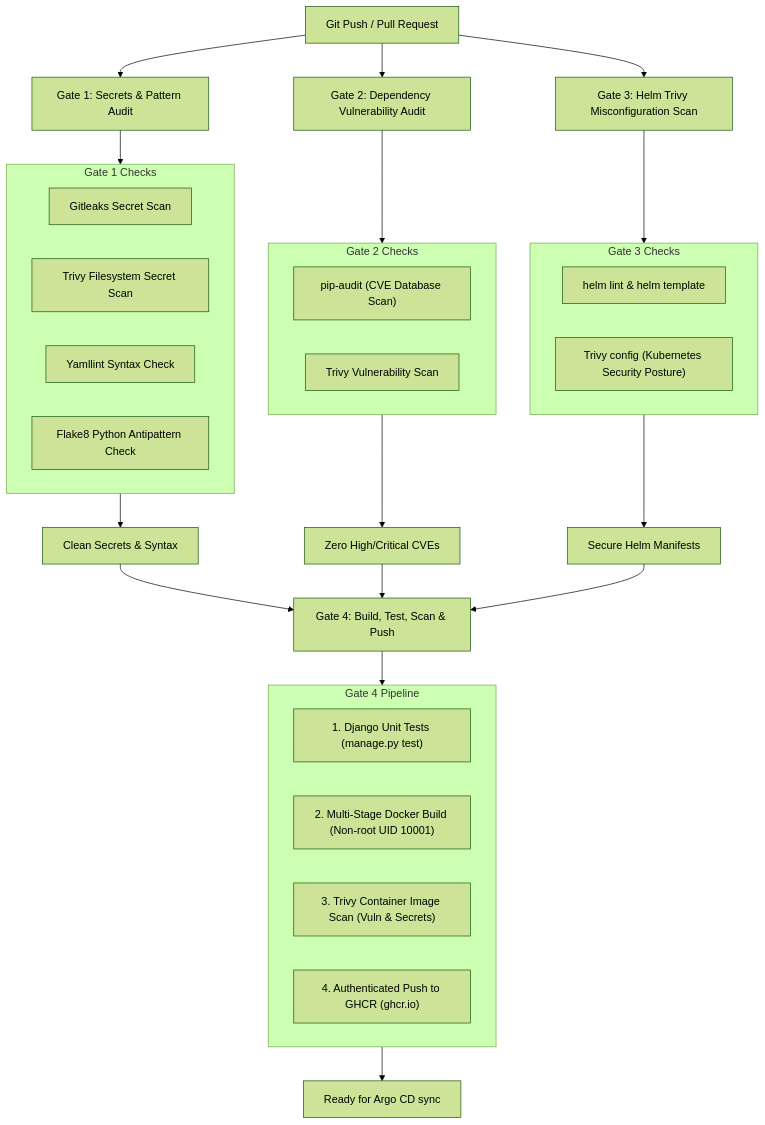
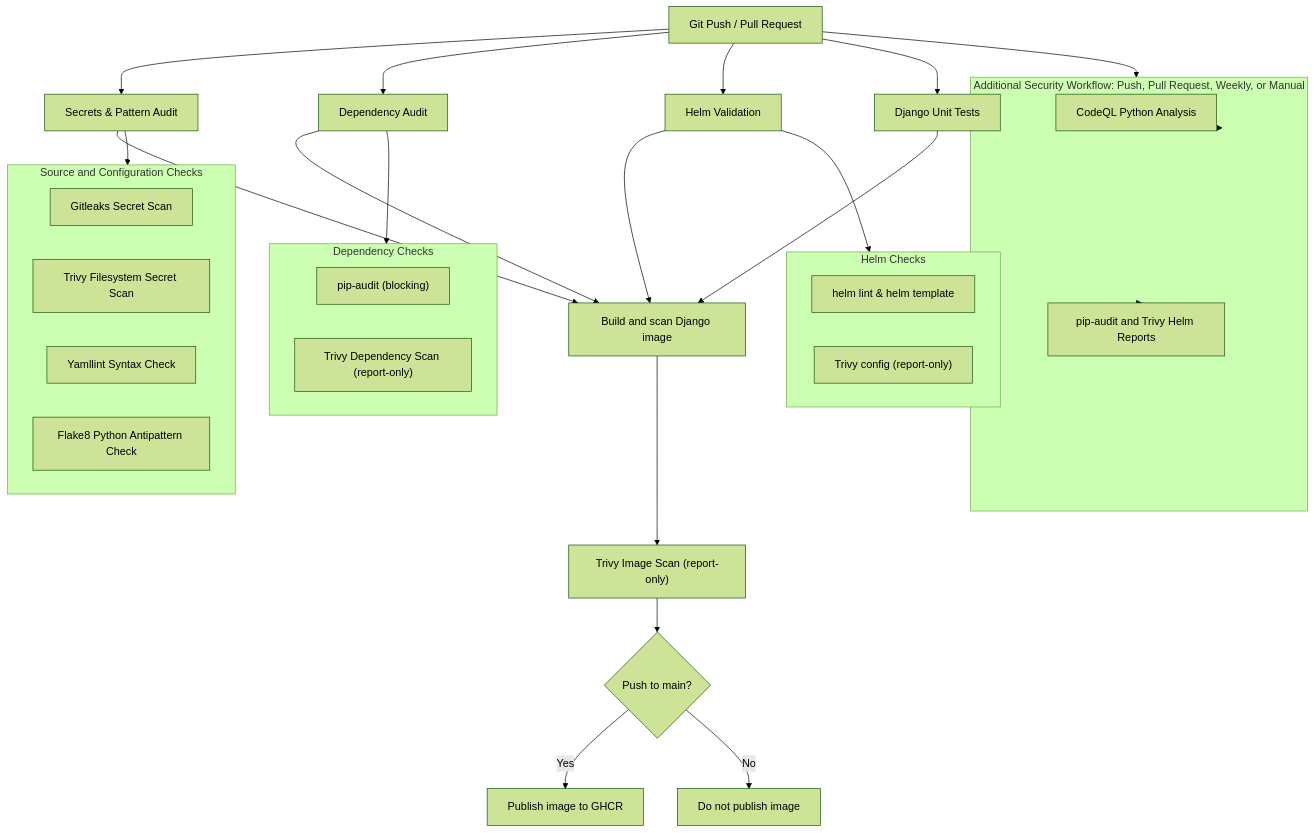
The fifth of 5 diagrams in README.md (abdelkderboukert/cloud-native-resilient-blueprint), drawn with Mermaid (forest theme) before and after one commit. The commit also changed other lines of this file and 3 other files, not shown here.

Commit message:
feat: Enhance CI/CD workflows with security analysis and testing; add Django unit tests and update README for clarity

````diff
--- a/README.md
+++ b/README.md
@@ -246,38 +247,43 @@
 ```mermaid
 flowchart TD
-    Commit["Git Push / Pull Request"] --> Gate1["Gate 1: Secrets & Pattern Audit"]
-    Commit --> Gate2["Gate 2: Dependency Vulnerability Audit"]
-    Commit --> Gate3["Gate 3: Helm Trivy Misconfiguration Scan"]
+    Commit["Git Push / Pull Request"] --> Gate1["Secrets & Pattern Audit"]
+    Commit --> Gate2["Dependency Audit"]
+    Commit --> Gate3["Helm Validation"]
+    Commit --> DjangoTest["Django Unit Tests"]
 
-    subgraph Gate1_Details["Gate 1 Checks"]
+    subgraph Gate1_Details["Source and Configuration Checks"]
         Gitleaks["Gitleaks Secret Scan"]
         TrivyFS["Trivy Filesystem Secret Scan"]
         Yamllint["Yamllint Syntax Check"]
         Flake8["Flake8 Python Antipattern Check"]
     end
 
-    subgraph Gate2_Details["Gate 2 Checks"]
-        PipAudit["pip-audit (CVE Database Scan)"]
-        TrivyVuln["Trivy Vulnerability Scan"]
+    subgraph Gate2_Details["Dependency Checks"]
+        PipAudit["pip-audit (blocking)"]
+        TrivyVuln["Trivy Dependency Scan (report-only)"]
     end
 
-    subgraph Gate3_Details["Gate 3 Checks"]
+    subgraph Gate3_Details["Helm Checks"]
         HelmLint["helm lint & helm template"]
-        TrivyConfig["Trivy config (Kubernetes Security Posture)"]
+        TrivyConfig["Trivy config (report-only)"]
     end
 
-    Gate1 --> Gate1_Details --> Pass1["Clean Secrets & Syntax"]
-    Gate2 --> Gate2_Details --> Pass2["Zero High/Critical CVEs"]
-    Gate3 --> Gate3_Details --> Pass3["Secure Helm Manifests"]
+    Gate1 --> Gate1_Details
+    Gate2 --> Gate2_Details
+    Gate3 --> Gate3_Details
 
-    Pass1 & Pass2 & Pass3 --> Gate4["Gate 4: Build, Test, Scan & Push"]
-
-    subgraph Gate4_Details["Gate 4 Pipeline"]
-        DjangoTest["1. Django Unit Tests (manage.py test)"]
-        DockerBuild["2. Multi-Stage Docker Build (Non-root UID 10001)"]
-        TrivyImage["3. Trivy Container Image Scan (Vuln & Secrets)"]
-        PushGHCR["4. Authenticated Push to GHCR (ghcr.io)"]
+    subgraph SecurityWorkflow["Additional Security Workflow: Push, Pull Request, Weekly, or Manual"]
+        CodeQL["CodeQL Python Analysis"]
+        SecurityReports["pip-audit and Trivy Helm Reports"]
     end
 
-    Gate4 --> Gate4_Details --> Release["Ready for Argo CD sync"]
+    Commit --> SecurityWorkflow
+    SecurityWorkflow --> CodeQL
+    SecurityWorkflow --> SecurityReports
+
+    Gate1 & Gate2 & Gate3 & DjangoTest --> Build["Build and scan Django image"]
+    Build --> TrivyImage["Trivy Image Scan (report-only)"]
+    TrivyImage --> PushCondition{"Push to main?"}
+    PushCondition -->|Yes| PushGHCR["Publish image to GHCR"]
+    PushCondition -->|No| SkipPush["Do not publish image"]
 ```
````
